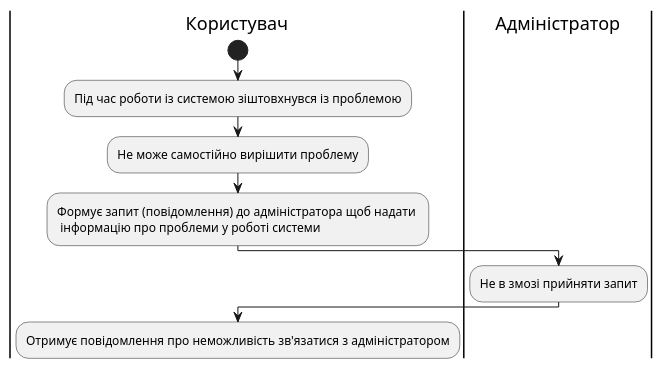
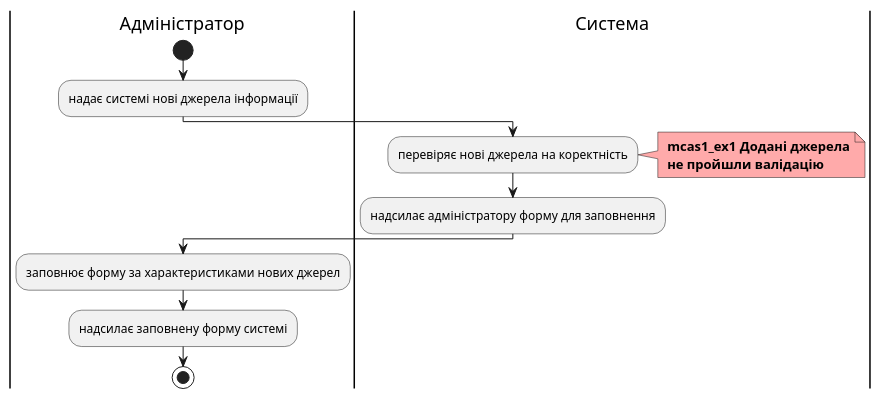
Before and after one commit to ukioxz/media-content-analyzing-system: the seventh of 9 diagrams in docs/use cases/README.md, drawn with PlantUML. The commit also changed other lines of this file and 2 other files, not shown here.

```diff
--- a/docs/use cases/README.md
+++ b/docs/use cases/README.md
@@ -380,21 +195,18 @@
 @startuml
 
-|Користувач|
-
+|Адміністратор|
 start
-
-:Під час роботи із системою зіштовхнувся із проблемою;
-
-:Не може самостійно вирішити проблему;
-
-:Формує запит (повідомлення) до адміністратора щоб надати \n інформацію про проблеми у роботі системи;
-
-|#AntiqueWhite|Адміністратор
-
-:Не в змозі прийняти запит;
-
-|Користувач|
-
-:Отримує повідомлення про неможливість зв'язатися з адміністратором;
+:надає системі нові джерела інформації;
+|Система|   
+:перевіряє нові джерела на коректність;
+note right #ffaaaa
+<b> mcas1_ex1 Додані джерела
+<b> не пройшли валідацію
+end note
+:надсилає адміністратору форму для заповнення;
+|Адміністратор| 
+:заповнює форму за характеристиками нових джерел;
+:надсилає заповнену форму системі;
+stop
 
 @enduml
```
